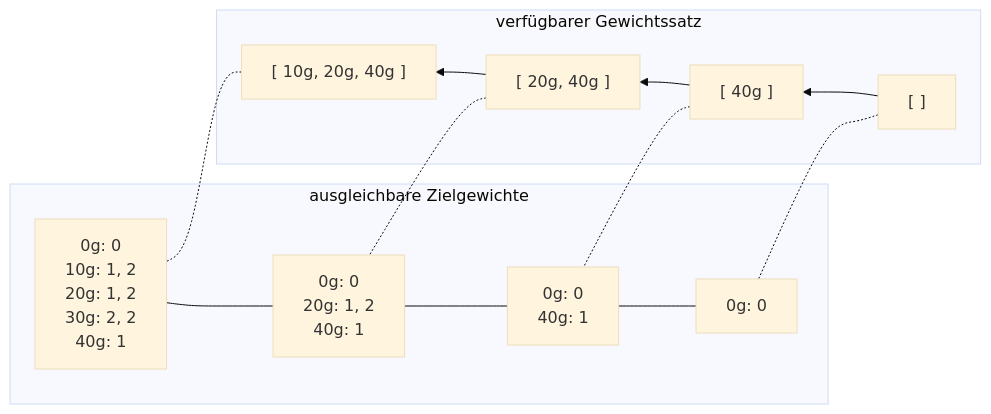
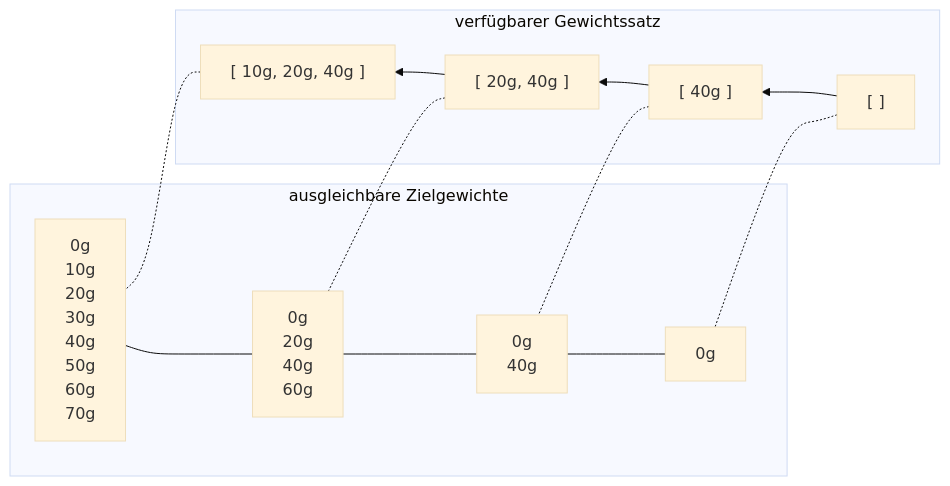
One commit to finn-rudolph/bwinf2021-1 changed the diagram in marktwaage.md. Above: the diagram before and after it, drawn with Mermaid (base theme). The commit also changed other lines of this file, not shown here.

Commit message:
Marktwaage: Update tabulative solution idea

````diff
--- a/marktwaage.md
+++ b/marktwaage.md
@@ -12,34 +12,37 @@
 ```mermaid
 flowchart RL
 
 subgraph verfügbarer Gewichtssatz
 
 1["[ ]"] -->
 2["[ 40g ]"] -->
 3["[ 20g, 40g ]"] -->
 4["[ 10g, 20g, 40g ]"]
 
 end
 
 subgraph ausgleichbare Zielgewichte
 
-1 -.- 11["0g: 0
-"]
+1 -.- 11["0g"]
 
-2 -.- 22["0g: 0
-40g: 1"]
+2 -.- 22["0g
+40g"]
 
-3 -.- 33["0g: 0
-20g: 1, 2
-40g: 1"]
+3 -.- 33["0g
+20g
+40g
+60g"]
 
-4 -.- 44["0g: 0
-10g: 1, 2
-20g: 1, 2
-30g: 2, 2
-40g: 1"]
+4 -.- 44["0g
+10g
+20g
+30g
+40g
+50g
+60g
+70g"]
 
 11 --- 22 --- 33 --- 44
 
 end
 ```
````
